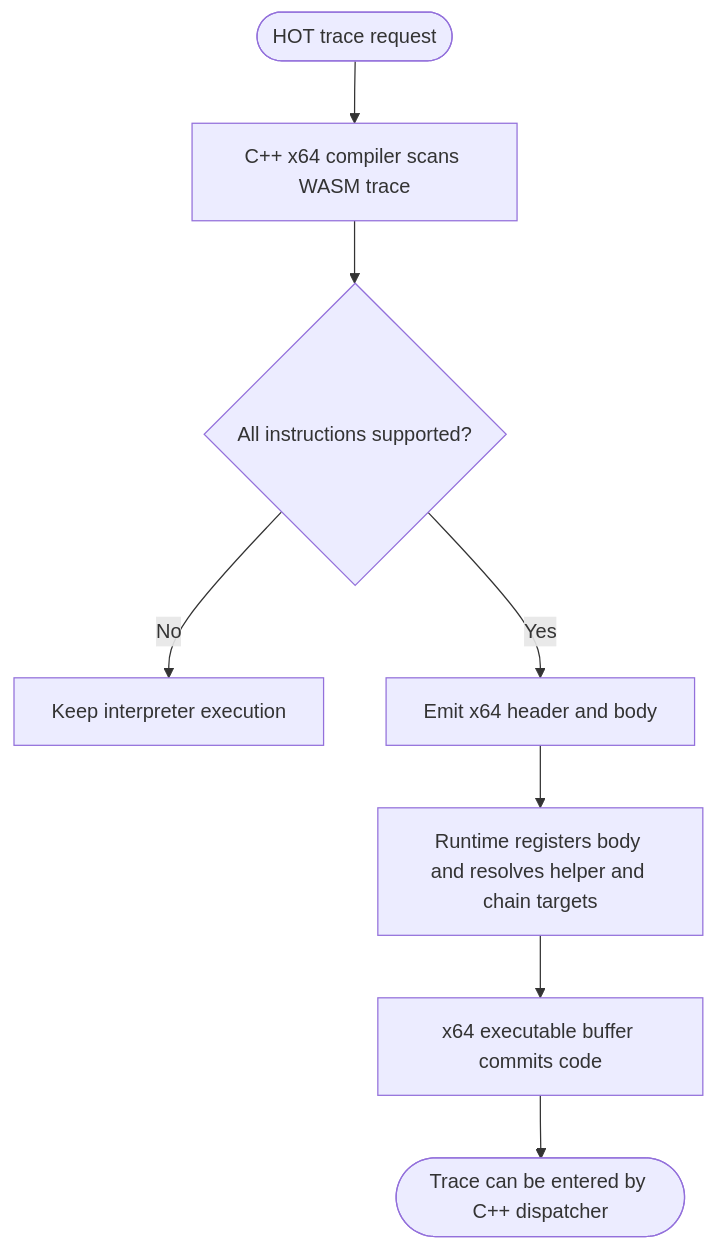
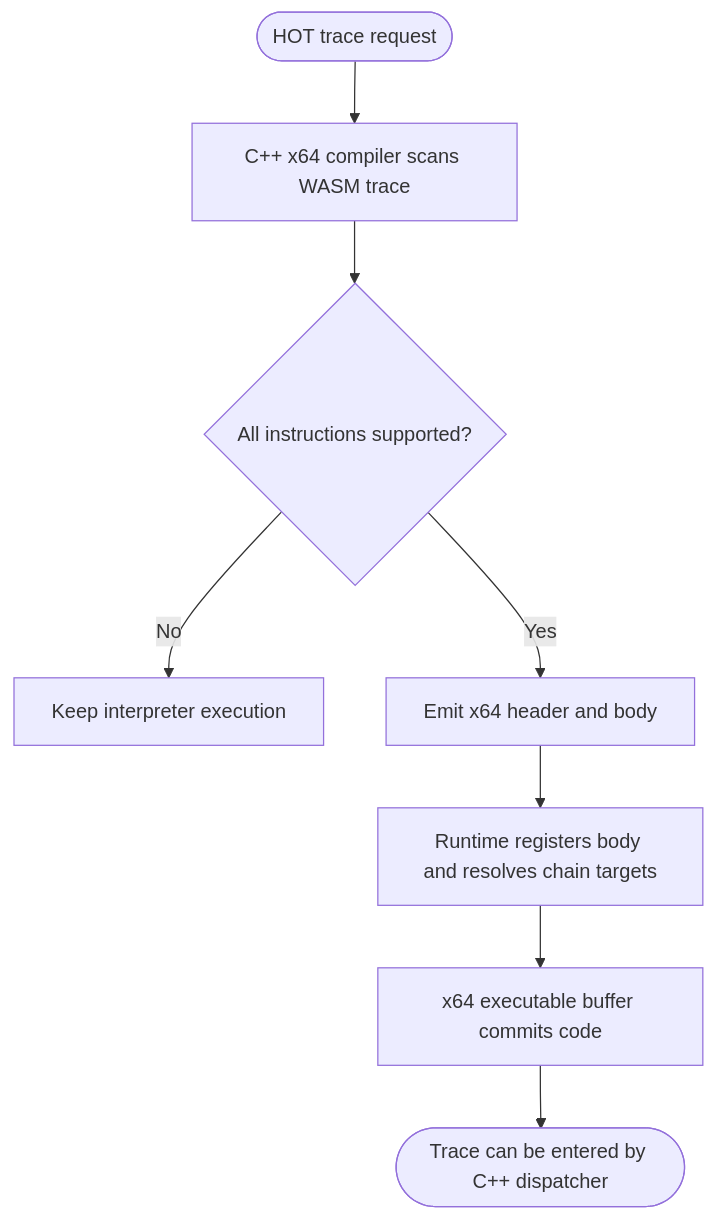
The second of 4 diagrams in docs/components/tier3_plugins/jit_compiler.md (kmt-t/fireball), drawn with Mermaid before and after one commit. The commit also changed other lines of this file and 109 other files, not shown here.

````diff
--- a/docs/components/tier3_plugins/jit_compiler.md
+++ b/docs/components/tier3_plugins/jit_compiler.md
@@ -205,10 +260,10 @@
 ```mermaid
 flowchart TD
     Start(["HOT trace request"]) --> Scan["C++ x64 compiler scans WASM trace"]
     Scan --> Supported{"All instructions supported?"}
     Supported -- "No" --> Fallback["Keep interpreter execution"]
     Supported -- "Yes" --> Emit["Emit x64 header and body"]
-    Emit --> Register["Runtime registers body and resolves helper and chain targets"]
+    Emit --> Register["Runtime registers body and resolves chain targets"]
     Register --> Protect["x64 executable buffer commits code"]
     Protect --> Ready(["Trace can be entered by C++ dispatcher"])
 ```
````
